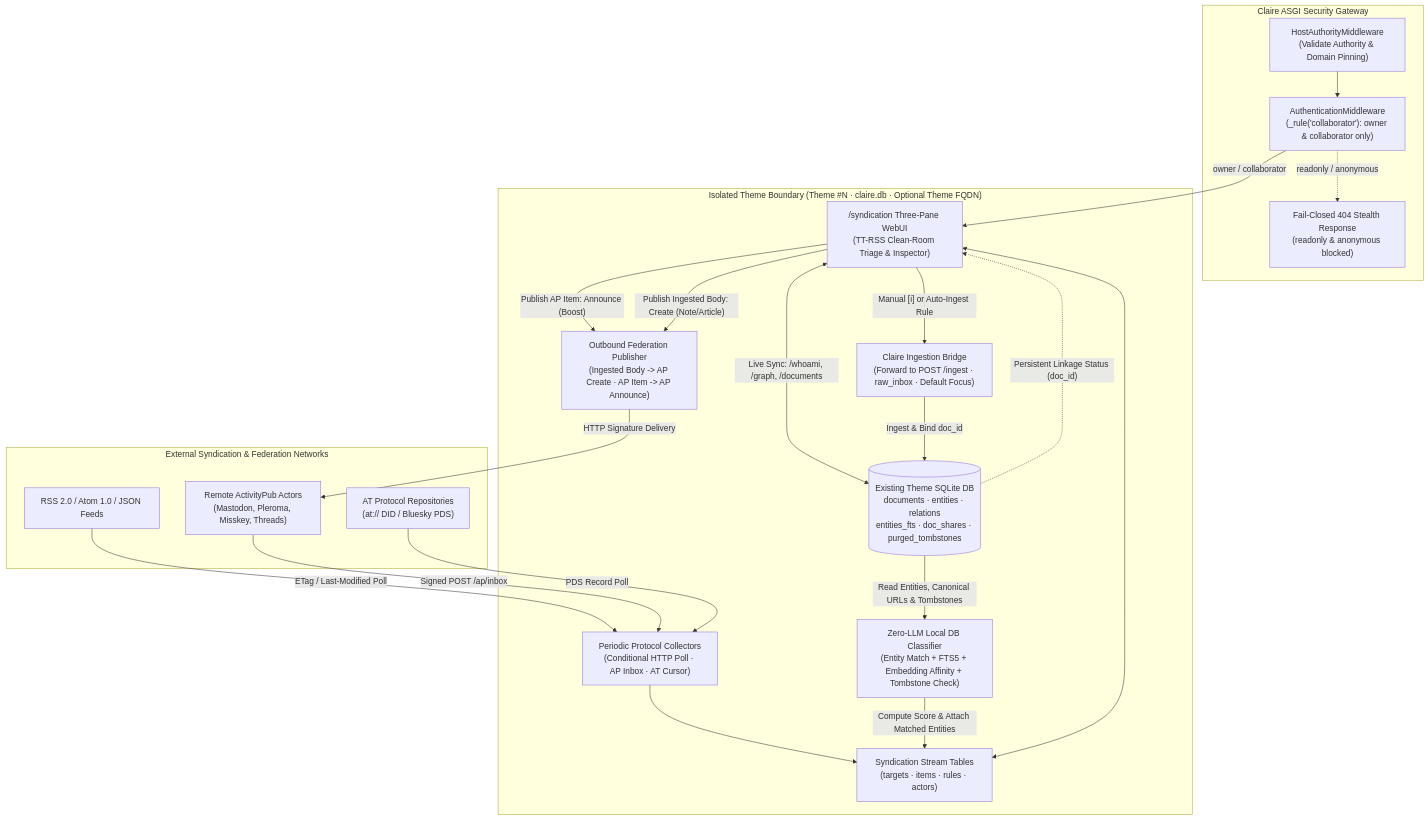
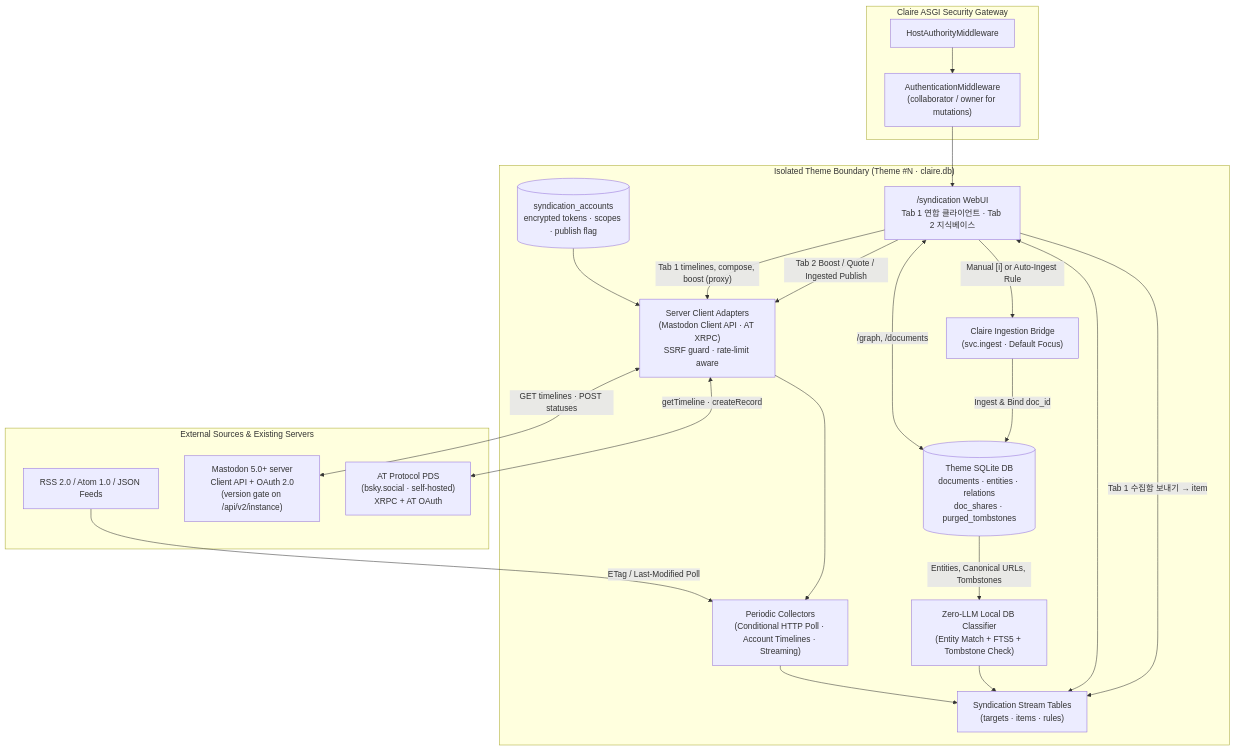
One commit to fofwisdom/claire-bible changed the diagram in docs/design/SYNDICATION_ENDPOINT_DESIGN.md. Above: the diagram before and after it, drawn with Mermaid. The commit also changed other lines of this file and 9 other files, not shown here.

````diff
--- a/docs/design/SYNDICATION_ENDPOINT_DESIGN.md
+++ b/docs/design/SYNDICATION_ENDPOINT_DESIGN.md
@@ -45,46 +69,43 @@
 ```mermaid
 flowchart TD
-    subgraph External_Networks ["External Syndication & Federation Networks"]
+    subgraph External ["External Sources & Existing Servers"]
         RSS["RSS 2.0 / Atom 1.0 / JSON Feeds"]
-        AP["Remote ActivityPub Actors<br/>(Mastodon, Pleroma, Misskey, Threads)"]
-        AT["AT Protocol Repositories<br/>(at:// DID / Bluesky PDS)"]
+        APS["Mastodon 5.0+ server<br/>Client API + OAuth 2.0<br/>(version gate on /api/v2/instance)"]
+        PDS["AT Protocol PDS<br/>(bsky.social · self-hosted)<br/>XRPC + AT OAuth"]
     end
 
     subgraph Security_Gate ["Claire ASGI Security Gateway"]
-        HostAuth["HostAuthorityMiddleware<br/>(Validate Authority & Domain Pinning)"]
-        AuthGate["AuthenticationMiddleware<br/>(_rule('collaborator'): owner & collaborator only)"]
-        FailClosed["Fail-Closed 404 Stealth Response<br/>(readonly & anonymous blocked)"]
+        HostAuth["HostAuthorityMiddleware"]
+        AuthGate["AuthenticationMiddleware<br/>(collaborator / owner for mutations)"]
     end
 
-    subgraph Theme_Workspace ["Isolated Theme Boundary (Theme #N · claire.db · Optional Theme FQDN)"]
-        Collectors["Periodic Protocol Collectors<br/>(Conditional HTTP Poll · AP Inbox · AT Cursor)"]
-        StreamStore["Syndication Stream Tables<br/>(targets · items · rules · actors)"]
-        Classifier["Zero-LLM Local DB Classifier<br/>(Entity Match + FTS5 + Embedding Affinity + Tombstone Check)"]
-        IngestBridge["Claire Ingestion Bridge<br/>(Forward to POST /ingest · raw_inbox · Default Focus)"]
-        CoreDB[("Existing Theme SQLite DB<br/>documents · entities · relations<br/>entities_fts · doc_shares · purged_tombstones")]
-        Publisher["Outbound Federation Publisher<br/>(Ingested Body -> AP Create · AP Item -> AP Announce)"]
-        SyndUI["/syndication Three-Pane WebUI<br/>(TT-RSS Clean-Room Triage & Inspector)"]
+    subgraph Theme_Workspace ["Isolated Theme Boundary (Theme #N · claire.db)"]
+        Accounts[("syndication_accounts<br/>encrypted tokens · scopes · publish flag")]
+        Adapters["Server Client Adapters<br/>(Mastodon Client API · AT XRPC)<br/>SSRF guard · rate-limit aware"]
+        Collectors["Periodic Collectors<br/>(Conditional HTTP Poll · Account Timelines · Streaming)"]
+        StreamStore["Syndication Stream Tables<br/>(targets · items · rules)"]
+        Classifier["Zero-LLM Local DB Classifier<br/>(Entity Match + FTS5 + Tombstone Check)"]
+        IngestBridge["Claire Ingestion Bridge<br/>(svc.ingest · Default Focus)"]
+        CoreDB[("Theme SQLite DB<br/>documents · entities · relations<br/>doc_shares · purged_tombstones")]
+        UI["/syndication WebUI<br/>Tab 1 연합 클라이언트 · Tab 2 지식베이스"]
     end
 
     RSS -->|"ETag / Last-Modified Poll"| Collectors
-    AP -->|"Signed POST /ap/inbox"| Collectors
-    AT -->|"PDS Record Poll"| Collectors
+    Accounts --> Adapters
+    Adapters <-->|"GET timelines · POST statuses"| APS
+    Adapters <-->|"getTimeline · createRecord"| PDS
+    Adapters --> Collectors
     Collectors --> StreamStore
 
-    CoreDB -->|"Read Entities, Canonical URLs & Tombstones"| Classifier
-    Classifier -->|"Compute Score & Attach Matched Entities"| StreamStore
+    CoreDB -->|"Entities, Canonical URLs, Tombstones"| Classifier
+    Classifier --> StreamStore
 
-    HostAuth --> AuthGate
-    AuthGate -->|"owner / collaborator"| SyndUI
-    AuthGate -.->|"readonly / anonymous"| FailClosed
-
-    SyndUI <--> StreamStore
-    SyndUI <-->|"Live Sync: /whoami, /graph, /documents"| CoreDB
-    SyndUI -->|"Manual [i] or Auto-Ingest Rule"| IngestBridge
+    HostAuth --> AuthGate --> UI
+    UI <--> StreamStore
+    UI <-->|"/graph, /documents"| CoreDB
+    UI -->|"Tab 1 timelines, compose, boost (proxy)"| Adapters
+    UI -->|"Tab 1 수집함 보내기 → item"| StreamStore
+    UI -->|"Manual [i] or Auto-Ingest Rule"| IngestBridge
     IngestBridge -->|"Ingest & Bind doc_id"| CoreDB
-    CoreDB -.->|"Persistent Linkage Status (doc_id)"| SyndUI
-
-    SyndUI -->|"Publish AP Item: Announce (Boost)"| Publisher
-    SyndUI -->|"Publish Ingested Body: Create (Note/Article)"| Publisher
-    Publisher -->|"HTTP Signature Delivery"| AP
+    UI -->|"Tab 2 Boost / Quote / Ingested Publish"| Adapters
 ```
````
